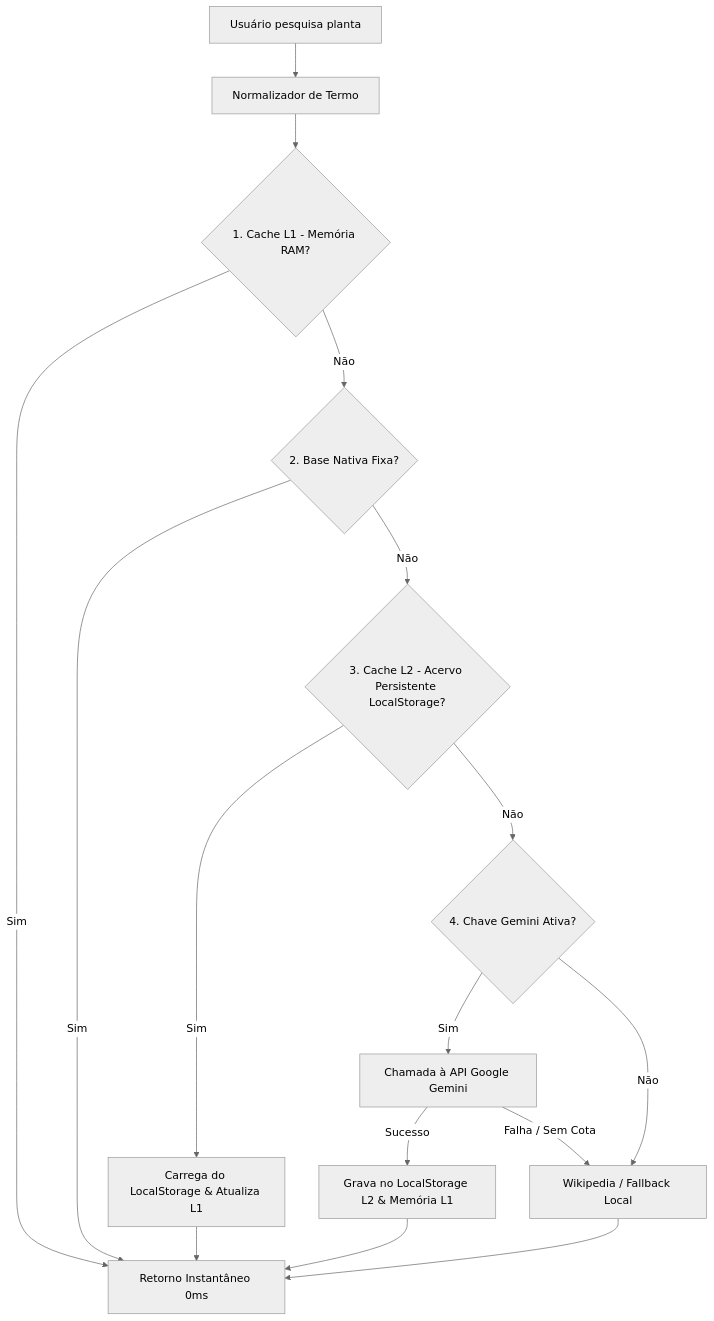
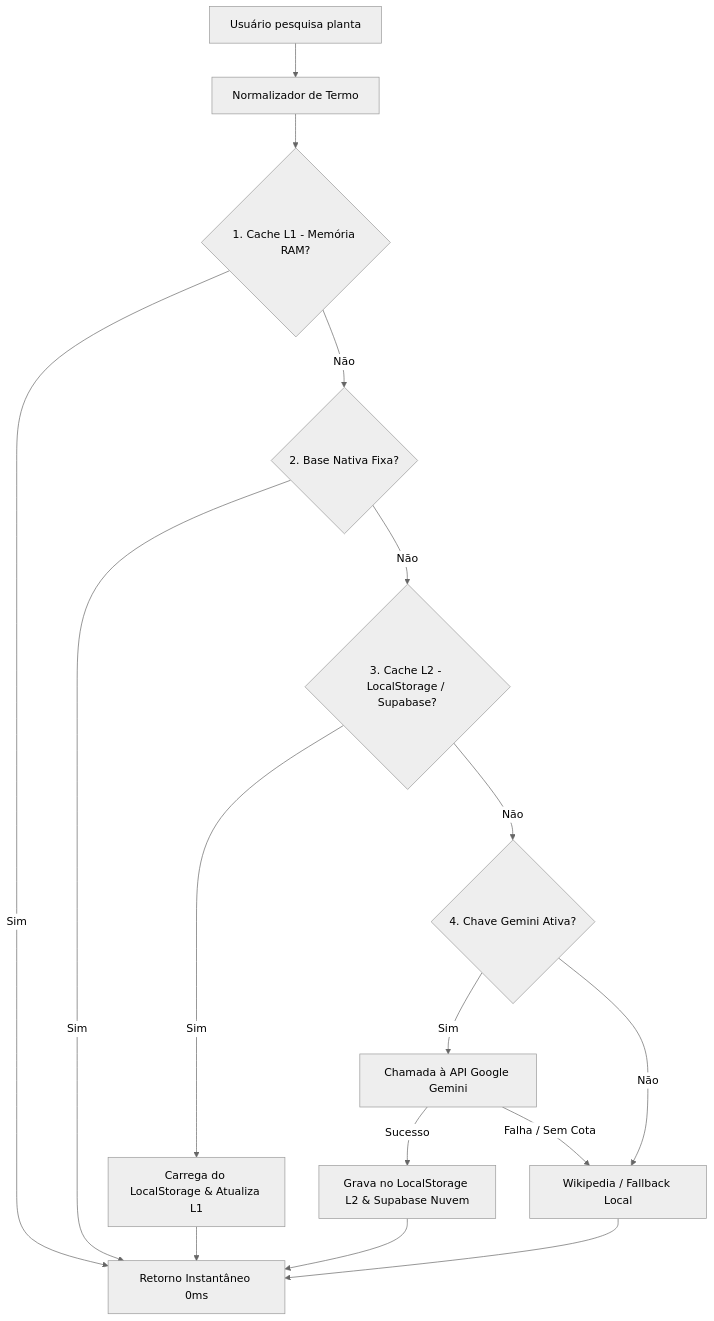
Before and after one commit to MigzuLCS/Tons-e-Flores-site-plantas: the diagram in docs/PLANO_PERSISTENCIA_ACERVO_GEMINI.md, drawn with Mermaid (neutral theme). The commit also changed other lines of this file and 2 other files, not shown here.

Commit message:
feat: implementar sincronizacao em nuvem com Supabase para compartilhar acervo com todos usuarios

````diff
--- a/docs/PLANO_PERSISTENCIA_ACERVO_GEMINI.md
+++ b/docs/PLANO_PERSISTENCIA_ACERVO_GEMINI.md
@@ -20,22 +20,22 @@
 ```mermaid
 flowchart TD
     A[Usuário pesquisa planta] --> B[Normalizador de Termo]
     
     B --> C{1. Cache L1 - Memória RAM?}
     C -- Sim --> R[Retorno Instantâneo 0ms]
     
     C -- Não --> D{2. Base Nativa Fixa?}
     D -- Sim --> R
     
-    D -- Não --> E{3. Cache L2 - Acervo Persistente LocalStorage?}
+    D -- Não --> E{3. Cache L2 - LocalStorage / Supabase?}
     E -- Sim --> CacheHit[Carrega do LocalStorage & Atualiza L1]
     CacheHit --> R
     
     E -- Não --> F{4. Chave Gemini Ativa?}
     F -- Sim --> G[Chamada à API Google Gemini]
-    G -- Sucesso --> H[Grava no LocalStorage L2 & Memória L1]
+    G -- Sucesso --> H[Grava no LocalStorage L2 & Supabase Nuvem]
     H --> R
     G -- Falha / Sem Cota --> I[Wikipedia / Fallback Local]
     F -- Não --> I
     I --> R
 ```
````
